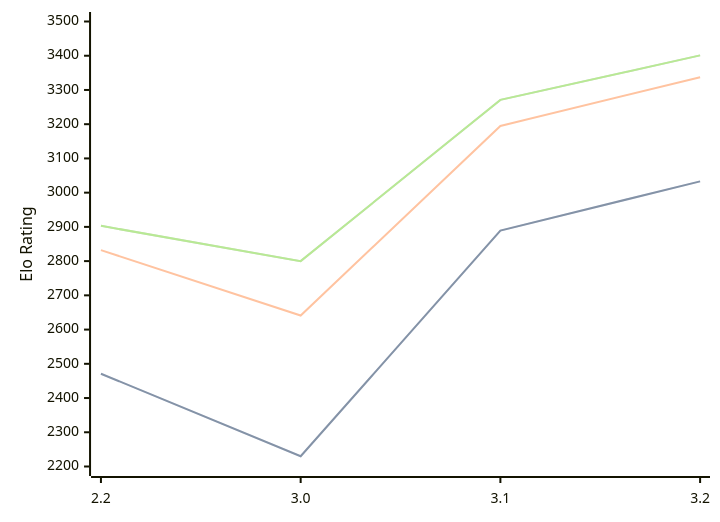
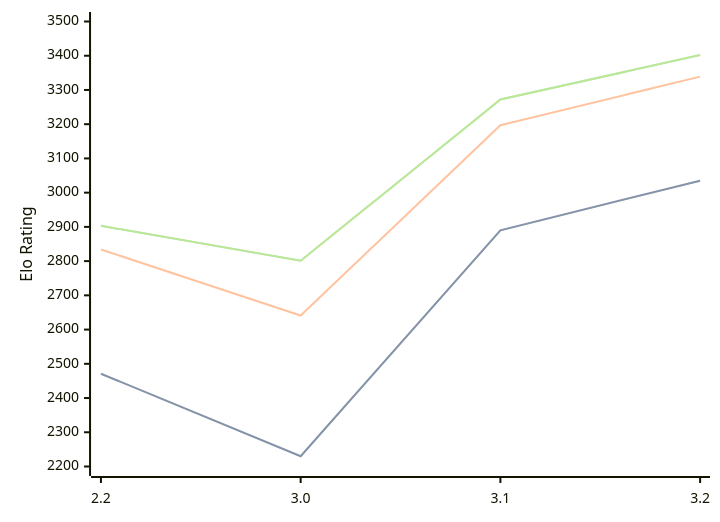
One commit to computer-chess-index/cci changed the diagram in engines/Thrawn.md. Above: the diagram before and after it, drawn with Mermaid. The commit also changed other lines of this file, not shown here.

Commit message:
Update CCI Ratings (ELO VLTC) - 2026-09-13

````diff
--- a/engines/Thrawn.md
+++ b/engines/Thrawn.md
@@ -34,11 +34,11 @@
 ```mermaid
 %%{init: {"theme":"base","themeVariables":{"seriesColors:['#a3a3a3','#222221','#faa371']}}}%%
 xychart-beta
   x-axis ["2.2", "3.0", "3.1", "3.2"]
   y-axis "Elo Rating" 2200 --> 3500
-  line "" [2471, 2230, 2889, 3033]
-  line "STC (8.0+0.08s)" [2471, 2230, 2889, 3033]
-  line "LTC (60.0+0.60s)" [2832, 2641, 3195, 3337]
-  line "" [2903, 2800, 3271, 3401]
-  line "VLTC (2m24s+1.12s)" [2903, 2800, 3271, 3401]
+  line "" [2471, 2230, 2890, 3035]
+  line "STC (8.0+0.08s)" [2471, 2230, 2890, 3035]
+  line "LTC (60.0+0.60s)" [2834, 2641, 3197, 3339]
+  line "" [2903, 2801, 3272, 3402]
+  line "VLTC (2m24s+1.12s)" [2903, 2801, 3272, 3402]
 ```
````
